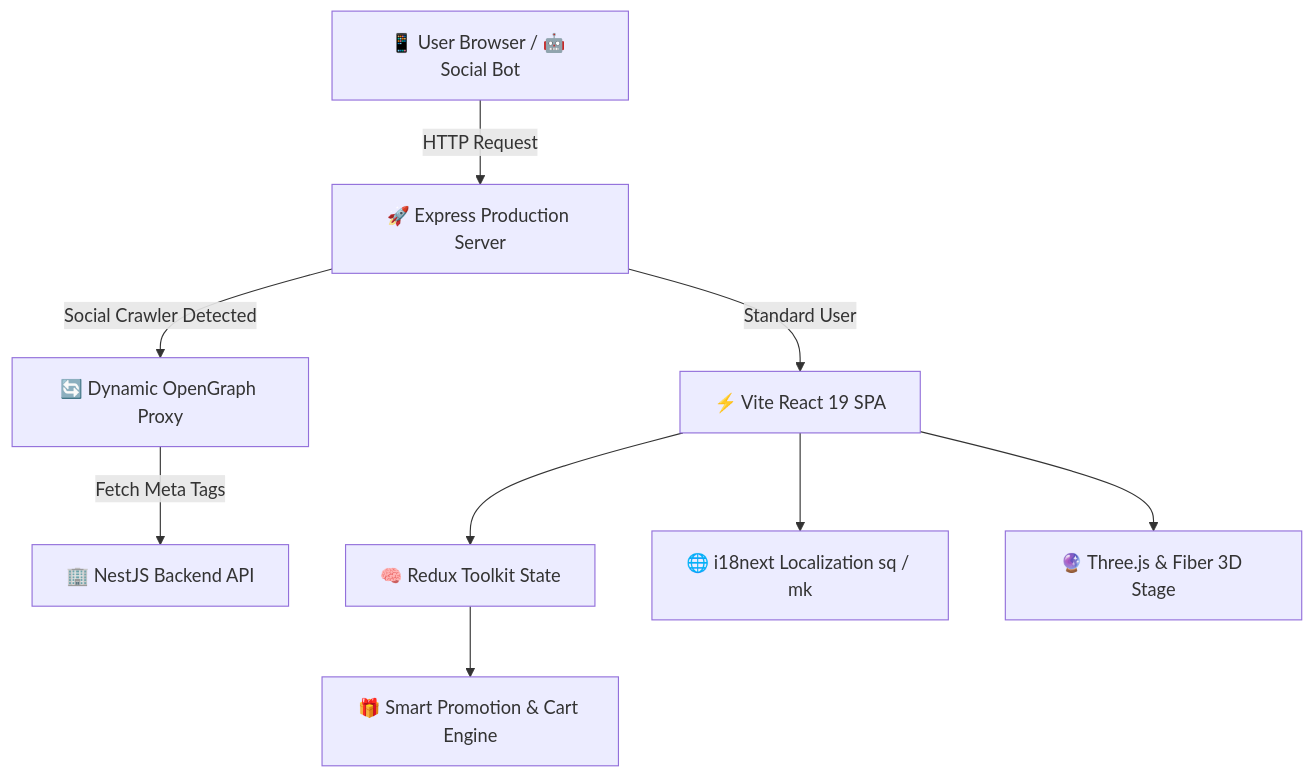
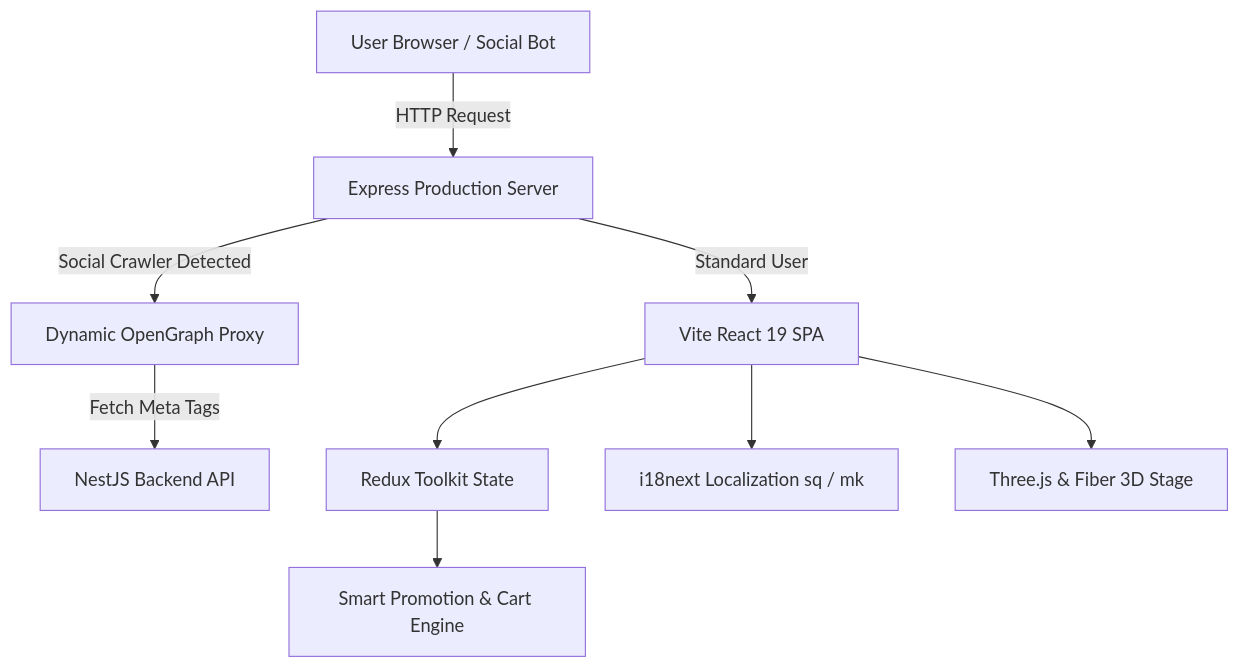
One commit to ermalkamishi/Lemea-Flagrance-Front changed the diagram in README.md. Above: the diagram before and after it, drawn with Mermaid. The commit also changed other lines of this file, not shown here.

````diff
--- a/README.md
+++ b/README.md
@@ -55,11 +55,11 @@
 ```mermaid
 graph TD
-    Client[📱 User Browser / 🤖 Social Bot] -->|HTTP Request| Server[🚀 Express Production Server]
-    Server -->|Social Crawler Detected| BotProxy[🔄 Dynamic OpenGraph Proxy]
-    BotProxy -->|Fetch Meta Tags| BackendAPI[🏢 NestJS Backend API]
-    Server -->|Standard User| StaticDist[⚡ Vite React 19 SPA]
-    StaticDist --> ReduxStore[🧠 Redux Toolkit State]
-    ReduxStore --> CartEngine[🎁 Smart Promotion & Cart Engine]
-    StaticDist --> i18nEngine[🌐 i18next Localization sq / mk]
-    StaticDist --> ThreeJS[🔮 Three.js & Fiber 3D Stage]
+    Client[User Browser / Social Bot] -->|HTTP Request| Server[Express Production Server]
+    Server -->|Social Crawler Detected| BotProxy[Dynamic OpenGraph Proxy]
+    BotProxy -->|Fetch Meta Tags| BackendAPI[NestJS Backend API]
+    Server -->|Standard User| StaticDist[Vite React 19 SPA]
+    StaticDist --> ReduxStore[Redux Toolkit State]
+    ReduxStore --> CartEngine[Smart Promotion & Cart Engine]
+    StaticDist --> i18nEngine[i18next Localization sq / mk]
+    StaticDist --> ThreeJS[Three.js & Fiber 3D Stage]
 ```
````
